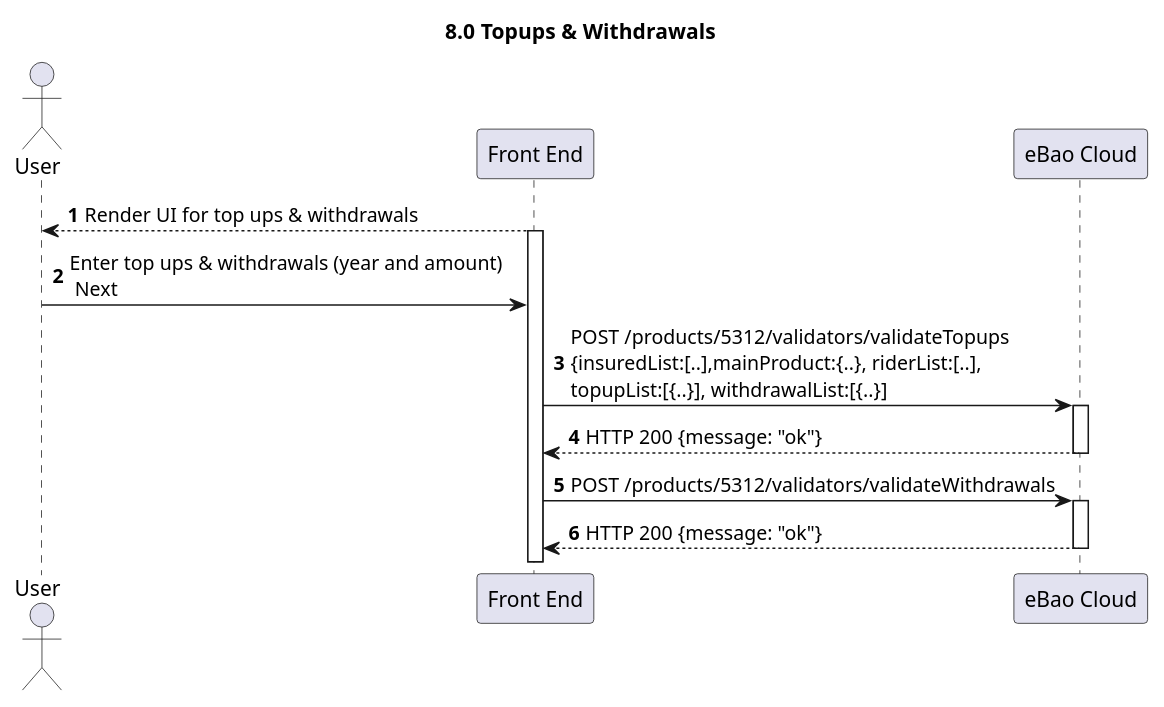
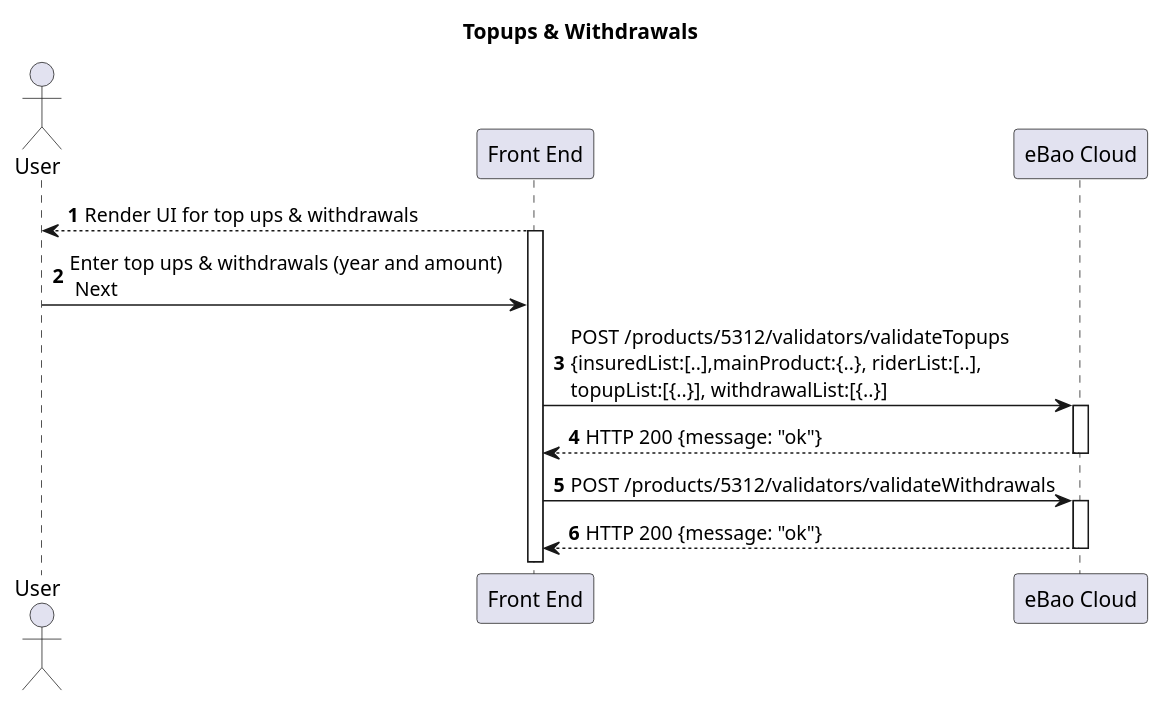
One commit to yitchoong/cloudapi changed the tenth of 12 diagrams in markdown/products-2.md. Above: the diagram before and after it, drawn with PlantUML. The commit also changed other lines of this file and 5 other files, not shown here.

````diff
--- a/markdown/products-2.md
+++ b/markdown/products-2.md
@@ -469,20 +441,20 @@
 ```puml
-title **8.0 Topups & Withdrawals**
+title **Topups & Withdrawals**
 actor "User" as user
 participant "Front End" as front
 participant "eBao Cloud" as ebao
 autonumber
 
 front --> user : Render UI for top ups & withdrawals
 activate front
 user -> front : Enter top ups & withdrawals (year and amount)\n Next
 front -> ebao: POST /products/5312/validators/validateTopups\n{insuredList:[..],mainProduct:{..}, riderList:[..],\ntopupList:[{..}], withdrawalList:[{..}]
 activate ebao
 ebao --> front : HTTP 200 {message: "ok"}
 deactivate ebao
 front -> ebao: POST /products/5312/validators/validateWithdrawals
 activate ebao
 ebao --> front : HTTP 200 {message: "ok"}
 deactivate ebao
 
 ```
````
